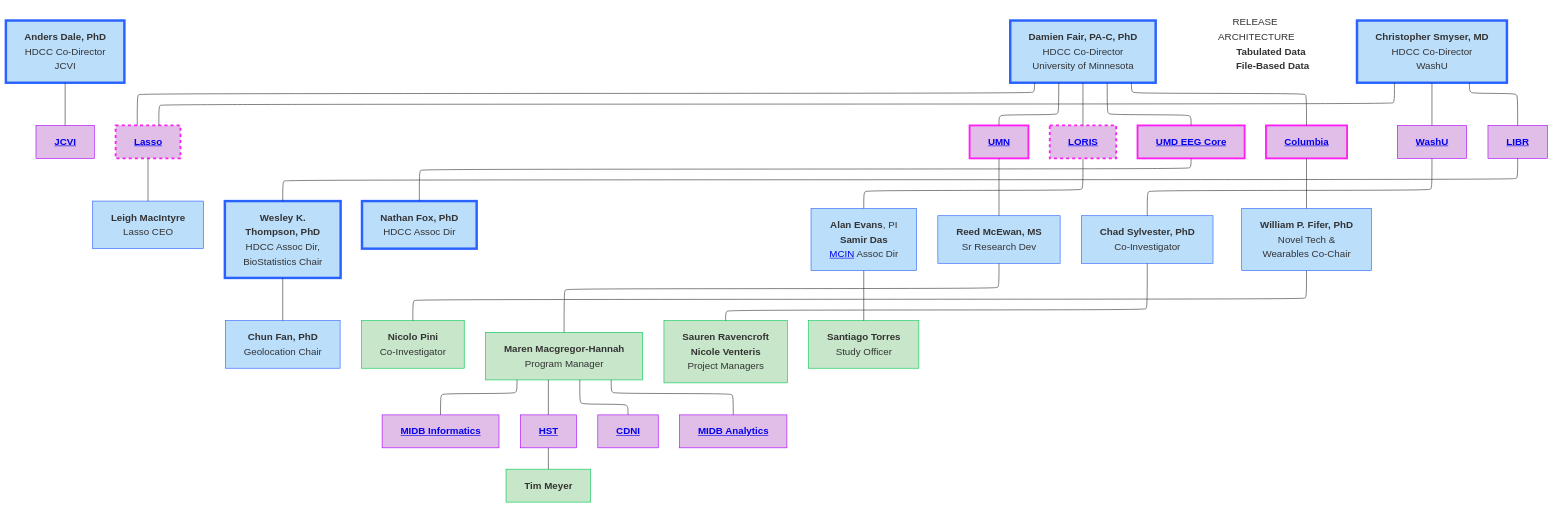
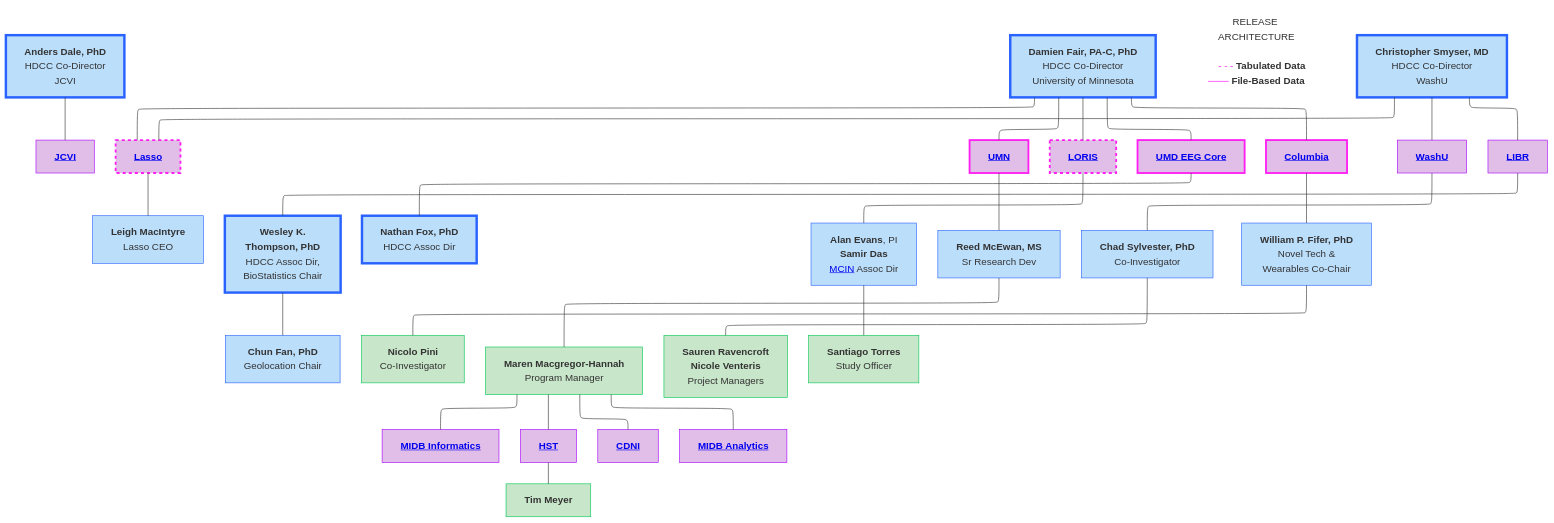
Before and after one commit to DCAN-Labs/hbcd-docs-internal: the diagram in docs/temp.md, drawn with Mermaid. The commit also changed other lines of this file, not shown here.

````diff
--- a/docs/temp.md
+++ b/docs/temp.md
@@ -2,69 +5,70 @@
 ```mermaid
 ---
 config:
   layout: elk
 ---
 flowchart TB
     n2["<b>Anders Dale, PhD<br></b>HDCC Co-Director<br>JCVI"] --- jcvi["<a href="#j-craig-venter-institute" target="_top"><b>JCVI</b></a>"]
     E["<b>Damien Fair, PA-C, PhD</b><br>HDCC Co-Director<br>University of Minnesota"] --- lasso["<a href="#lasso" target="_top"><b>Lasso</b></a>"] & umn["<a href="#university-of-minnesota" target="_top"><b>UMN</b></a>"] & n7["<a href="#loris" target="_top"><b>LORIS</b></a>"] & n8["<a href="#university-of-maryland" target="_top"><b>UMD EEG Core</b></a>"] & n11["<a href="#columbia-university" target="_top"><b>Columbia</b></a>"]
     lasso --- lasso1["<b>Leigh MacIntyre</b><br>Lasso CEO"]
-    n36["RELEASE ARCHITECTURE<br><span style="display: inline-block; border-top: 4px dashed #FF1FF4; width: 40px; vertical-align: middle; margin-right: 8px;"></span><span><b>Tabulated Data</b></span><br><span style="display: inline-block; border-top: 4px solid #FF1FF4; width: 45px; vertical-align: middle; margin-right: 8px;"></span><span><b>File-Based Data</b></span>"]
+    n36["RELEASE ARCHITECTURE<br>
+    <font color='#FF1FF4'>- - -</font> <b>Tabulated Data</b><br><font color='#FF1FF4'>───</font> <b>File-Based Data</b>"]
     n1["<b>Christopher Smyser, MD<br></b>HDCC Co-Director<br>WashU"] --- n10["<a href="#washu" target="_top"><b>WashU</b></a>"] & n12["<a href="#libr" target="_top"><b>LIBR</b></a>"] & lasso
     n16["<b>Wesley K.<br>Thompson, PhD</b><br>HDCC Assoc Dir,<br>BioStatistics Chair"] --- n17["<b>Chun Fan, PhD</b><br>Geolocation Chair"]
     n12 --- n16
     n8 --- n19["<b>Nathan Fox, PhD<br></b>HDCC Assoc Dir"]
     n7 --- n20["<b>Alan Evans</b>, PI<br><b>Samir Das</b><br><a href="https://mcin.ca/about-mcin/" target="_blank">MCIN</a> Assoc Dir"]
     umn --- reed["<b>Reed McEwan, MS</b><br>Sr Research Dev"]
     n10 --- n22["<b>Chad Sylvester, PhD</b><br>Co-Investigator"]
     n11 --- n18["<b>William P. Fifer, PhD</b><br>Novel Tech &<br>Wearables Co-Chair"]
     n18 --- n34["<b>Nicolo Pini</b><br>Co-Investigator"]
     reed --- n30["<b>Maren Macgregor-Hannah</b><br>Program Manager"]
     n30 --- n25["<a href="#midb-informatics-hub-msi" target="_top"><b>MIDB Informatics</b></a>"]
     n30 --- n27["<a href="#health-sciences-technology" target="_top"><b>HST</b></a>"]
     n30 --- n28["<a href="#center-for-developmental-neuroimaging" target="_top"><b>CDNI</b></a>"]
     n30 --- n29["<a href="#midb-analytics-hub" target="_top"><b>MIDB Analytics</b></a>"]
     n27 --- n31["<b>Tim Meyer</b>"]
     n22 --- n32["<b>Sauren Ravencroft<br>Nicole Venteris</b><br>Project Managers"]
     n20 --- n33["<b>Santiago Torres</b><br>Study Officer"]
     style n36 fill:#FFFFFF,stroke:#FFFFFF
     style n2 fill:#BBDEFB,stroke:#2962FF,stroke-width:4px
     style jcvi fill:#E1BEE7,stroke:#AA00FF
     style E fill:#BBDEFB,stroke:#2962FF,stroke-width:4px
     style lasso fill:#E1BEE7,stroke:#FF1FF4,stroke-width:3px,stroke-dasharray: 5
     style umn fill:#E1BEE7,stroke:#FF1FF4,stroke-width:3px,stroke-dasharray: 0
     style n7 fill:#E1BEE7,stroke:#FF1FF4,stroke-width:3px,stroke-dasharray: 5
     style n8 fill:#E1BEE7,stroke:#FF1FF4,stroke-width:3px,stroke-dasharray: 0
     style n11 fill:#E1BEE7,stroke:#FF1FF4,stroke-width:3px,stroke-dasharray: 0
     style lasso1 fill:#BBDEFB,stroke:#2962FF
     style n1 fill:#BBDEFB,stroke:#2962FF,stroke-width:4px
     style n10 fill:#E1BEE7,stroke:#AA00FF
     style n12 fill:#E1BEE7,stroke:#AA00FF
     style n16 fill:#BBDEFB,stroke:#2962FF,stroke-width:4px
     style n17 fill:#BBDEFB,stroke:#2962FF
     style n19 fill:#BBDEFB,stroke:#2962FF,stroke-width:4px
     style n20 fill:#BBDEFB,stroke:#2962FF
     style reed fill:#BBDEFB,stroke:#2962FF
     style n22 fill:#BBDEFB,stroke:#2962FF
     style n18 fill:#BBDEFB,stroke:#2962FF
     style n25 fill:#E1BEE7,stroke:#AA00FF
     style n27 fill:#E1BEE7,stroke:#AA00FF
     style n28 fill:#E1BEE7,stroke:#AA00FF
     style n29 fill:#E1BEE7,stroke:#AA00FF
     style n30 fill:#C8E6C9,stroke:#00C853
     style n31 fill:#C8E6C9,stroke:#00C853
     style n32 fill:#C8E6C9,stroke:#00C853
     style n33 fill:#C8E6C9,stroke:#00C853
     style n34 fill:#C8E6C9,stroke:#00C853
     click jcvi "#j-craig-venter-institute"
     click lasso "#lasso"
     click umn "#university-of-minnesota"
     click n7 "#loris"
     click n8 "#university-of-maryland"
     click n10 "#washu"
     click n25 "#midb-informatics-hub-msi"
     click n29 "#midb-analytics-hub"
     click n27 "#health-sciences-technology"
     click n28 "#center-for-developmental-neuroimaging"
     click n12 "#libr"
     click n11 "#columbia-university"
 ```
````
